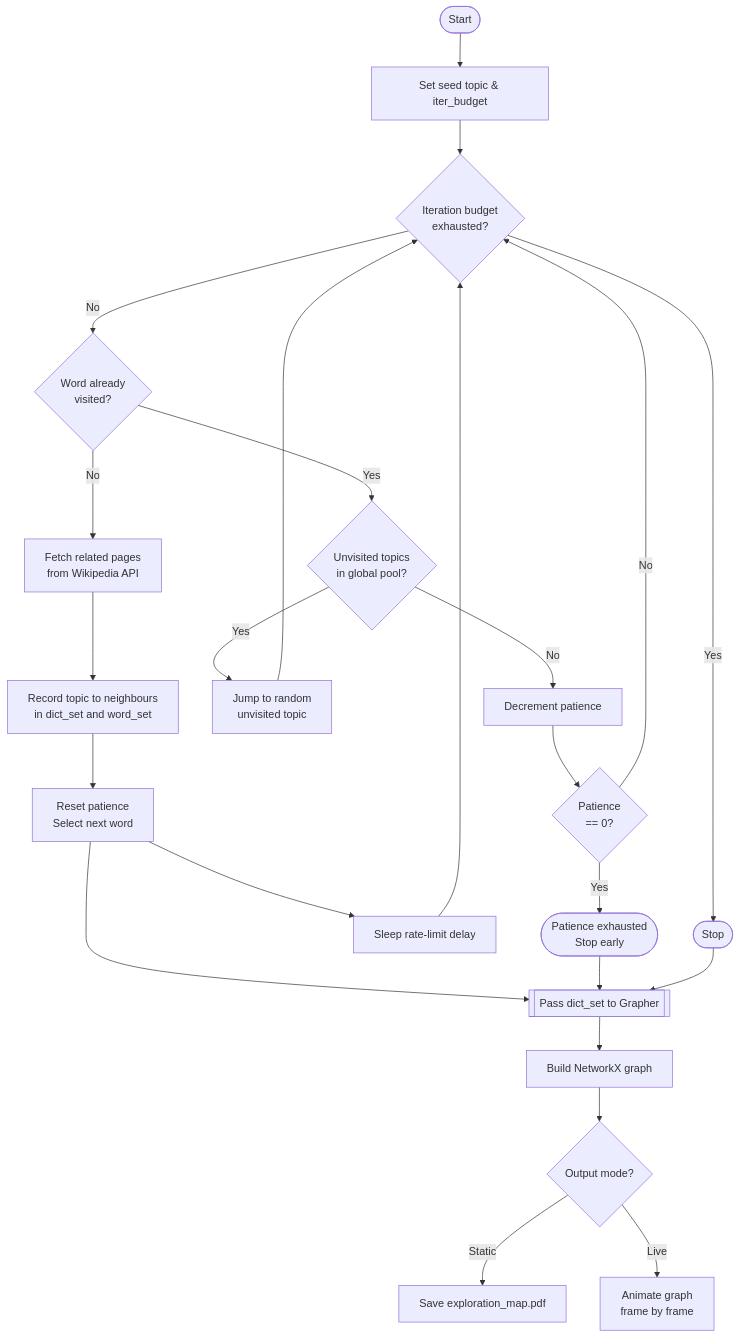
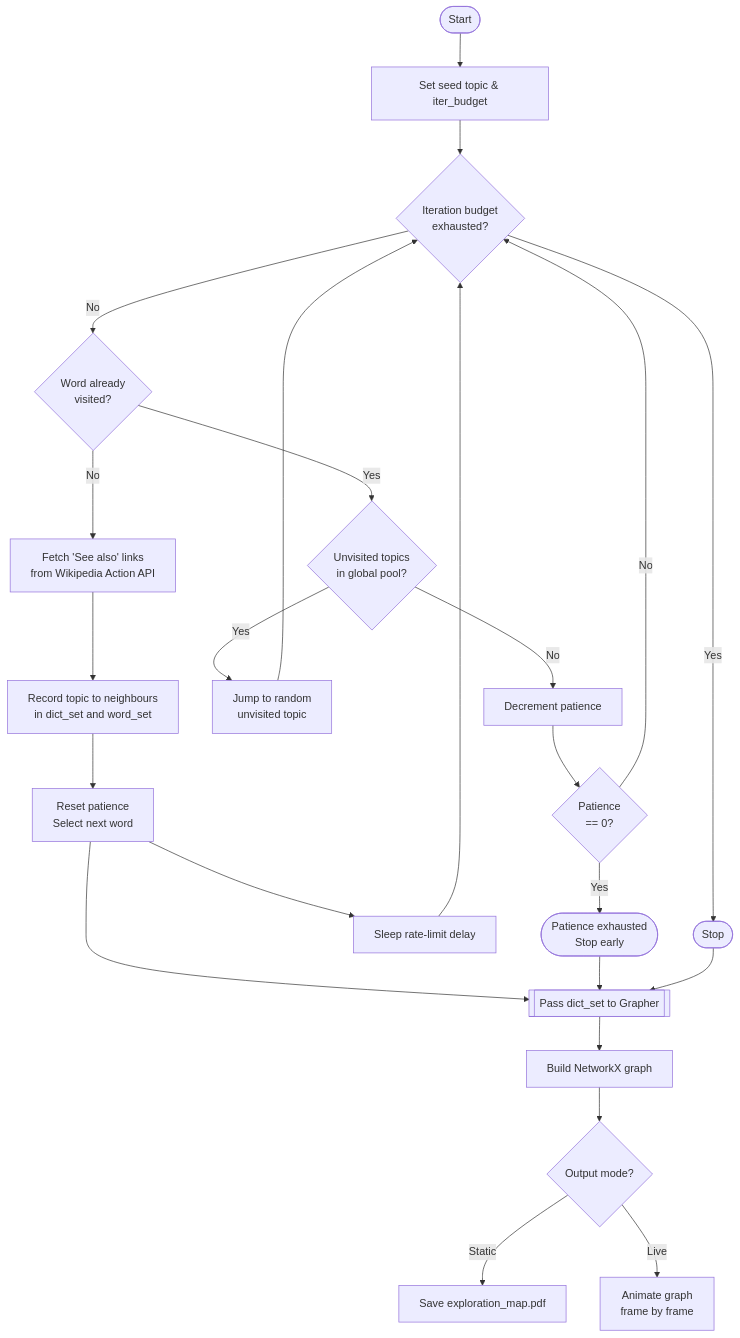
One commit to kaushalkrishna2000/wikipedia-grapher changed the diagram in README.md. Above: the diagram before and after it, drawn with Mermaid. The commit also changed other lines of this file and 3 other files, not shown here.

Commit message:
Update crawler to fetch "See also" links via Wikipedia Action API, replace deprecated REST API usage

````diff
--- a/README.md
+++ b/README.md
@@ -11,30 +13,30 @@
 ```mermaid
 flowchart TD
     A([Start]) --> B[Set seed topic & iter_budget]
     B --> C{Iteration budget\nexhausted?}
     C -- Yes --> K([Stop])
     C -- No --> D{Word already\nvisited?}
 
-    D -- No --> E[Fetch related pages\nfrom Wikipedia API]
+    D -- No --> E[Fetch 'See also' links\nfrom Wikipedia Action API]
     E --> F[Record topic to neighbours\nin dict_set and word_set]
     F --> G[Reset patience\nSelect next word]
     G --> H[Sleep rate-limit delay]
     H --> C
 
     D -- Yes --> I{Unvisited topics\nin global pool?}
     I -- Yes --> J[Jump to random\nunvisited topic]
     J --> C
     I -- No --> L[Decrement patience]
     L --> M{Patience\n== 0?}
     M -- No --> C
     M -- Yes --> N([Patience exhausted\nStop early])
 
     G --> O
     N --> O
     K --> O
 
     O[[Pass dict_set to Grapher]] --> P[Build NetworkX graph]
     P --> Q{Output mode?}
     Q -- Static --> R[Save exploration_map.pdf]
     Q -- Live --> S[Animate graph\nframe by frame]
 ```
````
